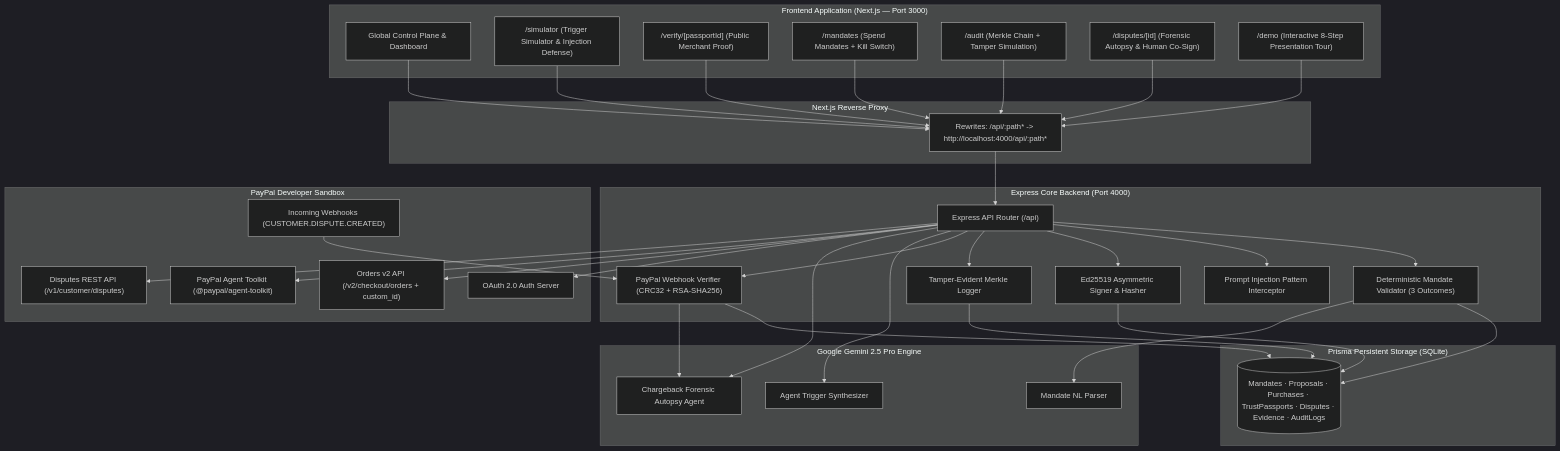
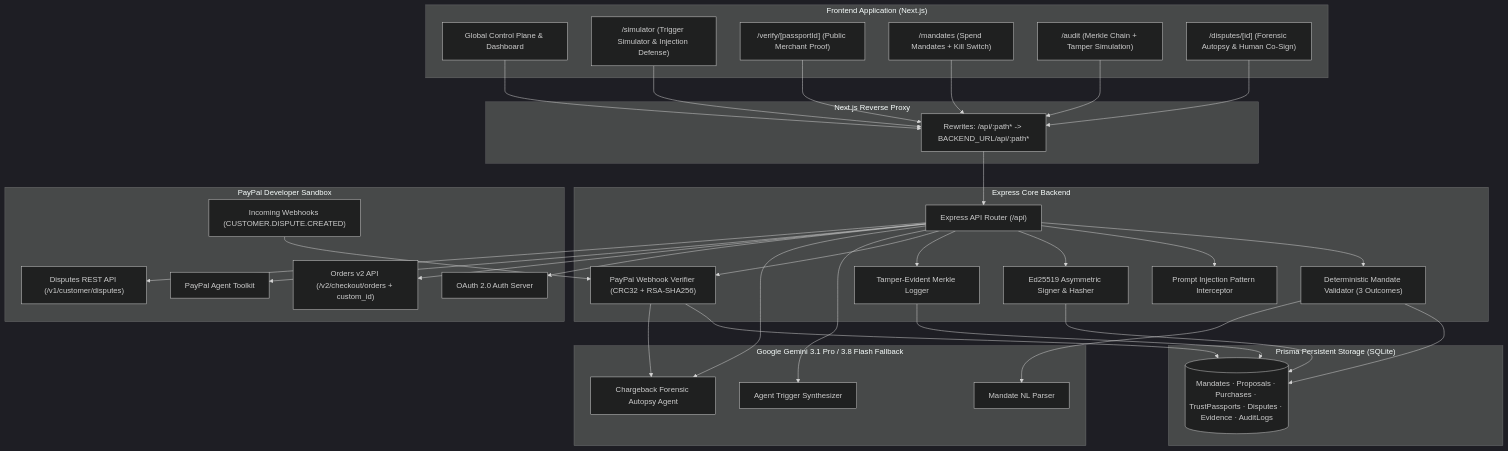
Before and after one commit to jacobjerryarackal/passport: the diagram in README.md, drawn with Mermaid (dark theme). The commit also changed other lines of this file, not shown here.

Commit message:
docs: update README with live deployment links and Gemini model upgrades

````diff
--- a/README.md
+++ b/README.md
@@ -58,76 +62,74 @@
 ```mermaid
 flowchart TD
-    subgraph Client["Frontend Application (Next.js — Port 3000)"]
+    subgraph Client["Frontend Application (Next.js)"]
         UI["Global Control Plane & Dashboard"]
         SIM["/simulator (Trigger Simulator & Injection Defense)"]
         VERIFY_PAGE["/verify/[passportId] (Public Merchant Proof)"]
         MANDATES["/mandates (Spend Mandates + Kill Switch)"]
         AUDIT_UI["/audit (Merkle Chain + Tamper Simulation)"]
         AUTOPSY["/disputes/[id] (Forensic Autopsy & Human Co-Sign)"]
-        DEMO["/demo (Interactive 8-Step Presentation Tour)"]
     end
 
     subgraph Gateway["Next.js Reverse Proxy"]
-        PROXY["Rewrites: /api/:path* -> http://localhost:4000/api/:path*"]
+        PROXY["Rewrites: /api/:path* -> BACKEND_URL/api/:path*"]
     end
 
-    subgraph Backend["Express Core Backend (Port 4000)"]
+    subgraph Backend["Express Core Backend"]
         ROUTER["Express API Router (/api)"]
         GATE["Deterministic Mandate Validator (3 Outcomes)"]
         SEC_DEF["Prompt Injection Pattern Interceptor"]
         ED_SIGN["Ed25519 Asymmetric Signer & Hasher"]
         AUDIT_LOG["Tamper-Evident Merkle Logger"]
         WH_VERIFY["PayPal Webhook Verifier (CRC32 + RSA-SHA256)"]
     end
 
-    subgraph AI["Google Gemini 2.5 Pro Engine"]
+    subgraph AI["Google Gemini 3.1 Pro / 3.8 Flash Fallback"]
         GEM_PARSE["Mandate NL Parser"]
         GEM_AGENT["Agent Trigger Synthesizer"]
         GEM_AUTOPSY["Chargeback Forensic Autopsy Agent"]
     end
 
     subgraph PayPal["PayPal Developer Sandbox"]
         PP_AUTH["OAuth 2.0 Auth Server"]
         PP_ORDERS["Orders v2 API (/v2/checkout/orders + custom_id)"]
-        PP_TOOLKIT["PayPal Agent Toolkit (@paypal/agent-toolkit)"]
+        PP_TOOLKIT["PayPal Agent Toolkit"]
         PP_DISPUTES["Disputes REST API (/v1/customer/disputes)"]
         PP_WEBHOOK["Incoming Webhooks (CUSTOMER.DISPUTE.CREATED)"]
     end
 
     subgraph Database["Prisma Persistent Storage (SQLite)"]
         DB[("Mandates · Proposals · Purchases · TrustPassports · Disputes · Evidence · AuditLogs")]
     end
 
     UI --> PROXY
     SIM --> PROXY
     VERIFY_PAGE --> PROXY
     MANDATES --> PROXY
     AUDIT_UI --> PROXY
     AUTOPSY --> PROXY
-    DEMO --> PROXY
 
     PROXY --> ROUTER
 
     ROUTER --> GATE
     ROUTER --> SEC_DEF
     ROUTER --> ED_SIGN
     ROUTER --> AUDIT_LOG
     ROUTER --> WH_VERIFY
 
     GATE --> DB
     ED_SIGN --> DB
     AUDIT_LOG --> DB
 
     GATE --> GEM_PARSE
     ROUTER --> GEM_AGENT
     ROUTER --> GEM_AUTOPSY
 
     ROUTER --> PP_AUTH
     ROUTER --> PP_ORDERS
     ROUTER --> PP_TOOLKIT
     ROUTER --> PP_DISPUTES
 
     PP_WEBHOOK --> WH_VERIFY
     WH_VERIFY --> DB
     WH_VERIFY --> GEM_AUTOPSY
 ```
````
